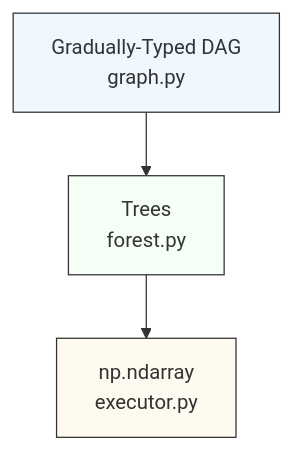
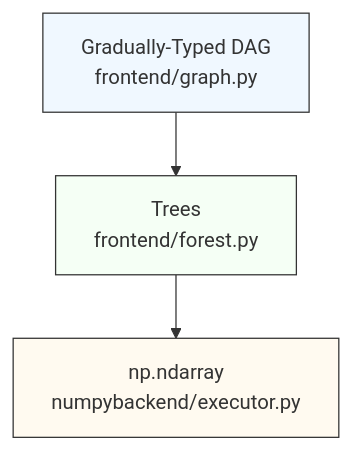
One commit to fbk-most/civic-digital-twins changed the first of 2 diagrams in docs/design/dd-000-engine.md. Above: the diagram before and after it, drawn with Mermaid.

````diff
--- a/docs/design/dd-000-engine.md
+++ b/docs/design/dd-000-engine.md
@@ -166,8 +166,8 @@
 ```mermaid
 flowchart TD
-    A[Gradually-Typed DAG<br/>graph.py] --> B[Trees<br/>forest.py]
-    B --> C[np.ndarray<br/>executor.py]
+    A[Gradually-Typed DAG<br/>frontend/graph.py] --> B[Trees<br/>frontend/forest.py]
+    B --> C[np.ndarray<br/>numpybackend/executor.py]
     style A fill:#f0f8ff,stroke:#333,stroke-width:1px
     style B fill:#f5fff5,stroke:#333,stroke-width:1px
     style C fill:#fffaf0,stroke:#333,stroke-width:1px
 ```
````
